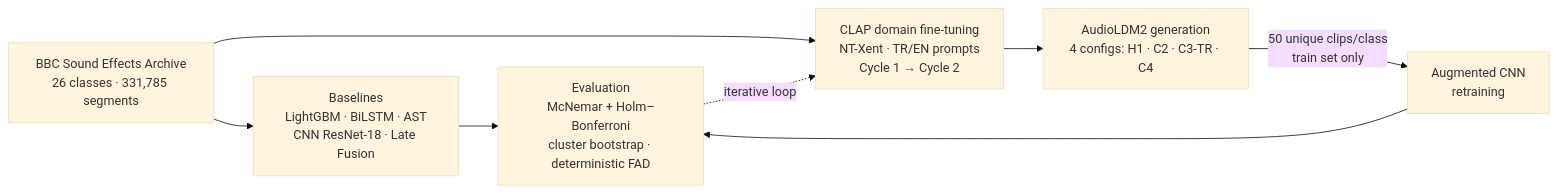
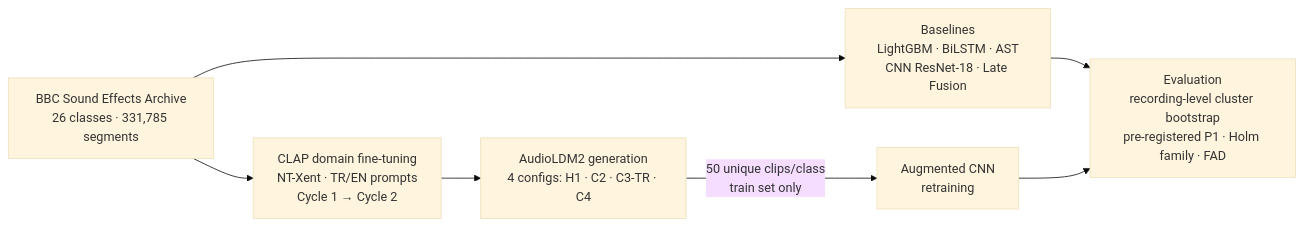
Before and after one commit to victor-nescio/HybridAudioGenTRv2: the diagram in README.md, drawn with Mermaid (base theme). The commit also changed other lines of this file and 10 other files, not shown here.

````diff
--- a/README.md
+++ b/README.md
@@ -31,10 +31,9 @@
 ```mermaid
 flowchart LR
     A["BBC Sound Effects Archive<br/>26 classes · 331,785 segments"] --> B["Baselines<br/>LightGBM · BiLSTM · AST<br/>CNN ResNet-18 · Late Fusion"]
     A --> C["CLAP domain fine-tuning<br/>NT-Xent · TR/EN prompts<br/>Cycle 1 → Cycle 2"]
     C --> D["AudioLDM2 generation<br/>4 configs: H1 · C2 · C3-TR · C4"]
     D -->|"50 unique clips/class<br/>train set only"| E["Augmented CNN<br/>retraining"]
-    B --> F["Evaluation<br/>McNemar + Holm–Bonferroni<br/>cluster bootstrap · deterministic FAD"]
+    B --> F["Evaluation<br/>recording-level cluster bootstrap<br/>pre-registered P1 · Holm family · FAD"]
     E --> F
-    F -.->|iterative loop| C
 ```
````
